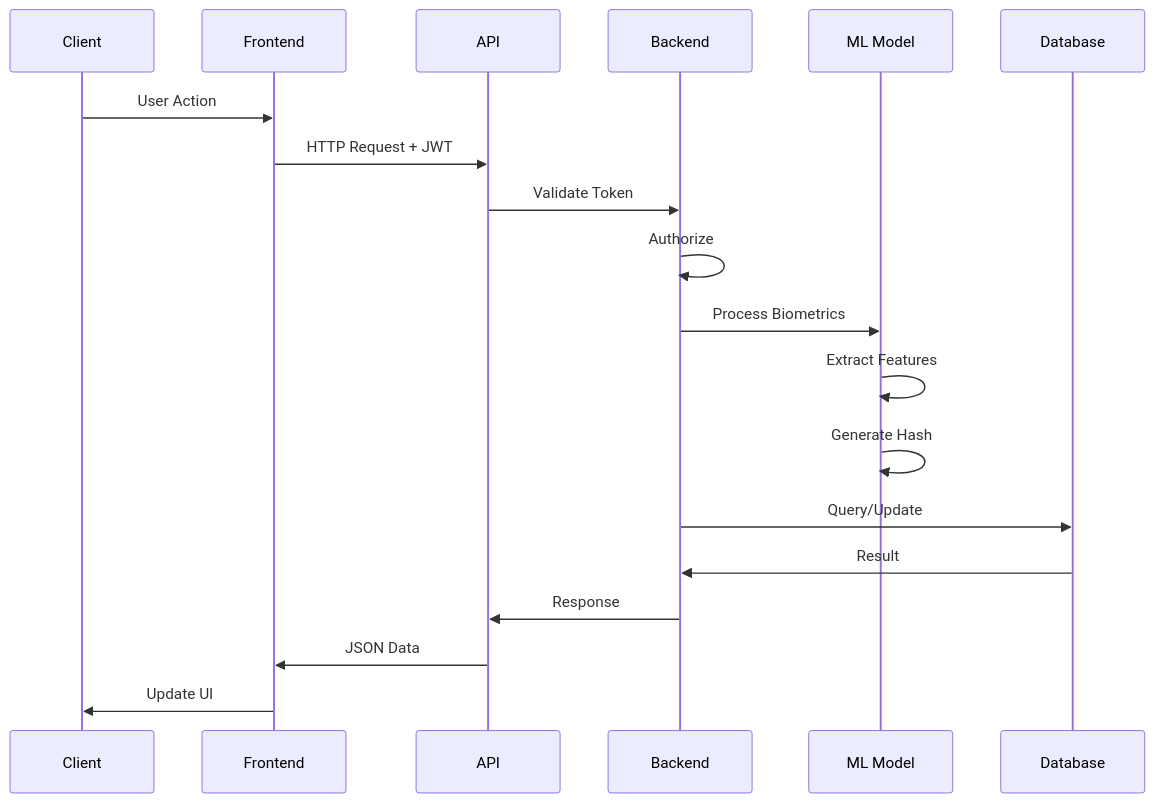
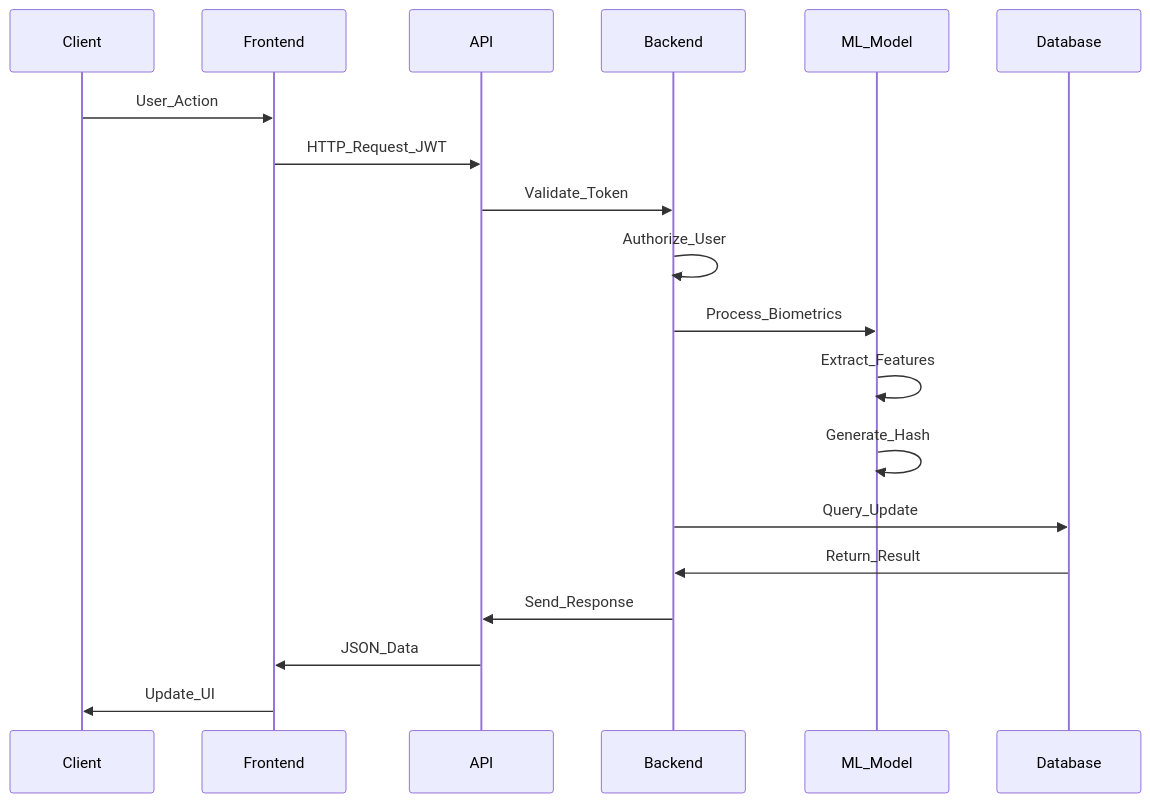
One commit to BTech20/biometric-auth-system changed the eighth of 14 diagrams in ARCHITECTURE.md. Above: the diagram before and after it, drawn with Mermaid. The commit also changed other lines of this file, not shown here.

First line of the commit message:
Fix Mermaid diagram rendering issues for GitHub

````diff
--- a/ARCHITECTURE.md
+++ b/ARCHITECTURE.md
@@ -282,22 +307,22 @@
 ```mermaid
 sequenceDiagram
     participant C as Client
     participant F as Frontend
     participant A as API
     participant B as Backend
-    participant M as ML Model
+    participant M as ML_Model
     participant D as Database
     
-    C->>F: User Action
-    F->>A: HTTP Request + JWT
-    A->>B: Validate Token
-    B->>B: Authorize
-    B->>M: Process Biometrics
-    M->>M: Extract Features
-    M->>M: Generate Hash
-    B->>D: Query/Update
-    D->>B: Result
-    B->>A: Response
-    A->>F: JSON Data
-    F->>C: Update UI
+    C->>F: User_Action
+    F->>A: HTTP_Request_JWT
+    A->>B: Validate_Token
+    B->>B: Authorize_User
+    B->>M: Process_Biometrics
+    M->>M: Extract_Features
+    M->>M: Generate_Hash
+    B->>D: Query_Update
+    D->>B: Return_Result
+    B->>A: Send_Response
+    A->>F: JSON_Data
+    F->>C: Update_UI
 ```
````
